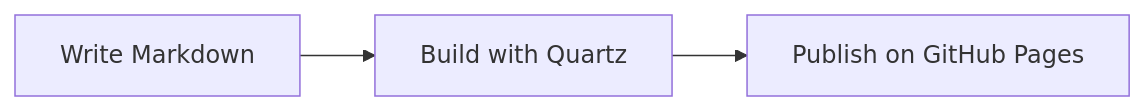
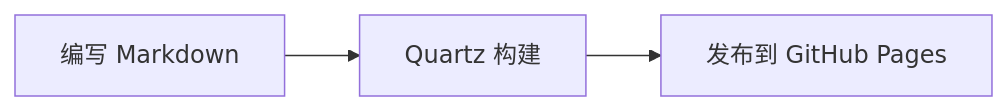
Before and after one commit to unraveltao/Computer-Science-Atlas: the diagram in content/Start-Here/Authoring-Guide.md, drawn with Mermaid. The commit also changed other lines of this file and 23 other files, not shown here.

````diff
--- a/content/Start-Here/Authoring-Guide.md
+++ b/content/Start-Here/Authoring-Guide.md
@@ -64,5 +66,5 @@
 ```mermaid
 flowchart LR
-    A[Write Markdown] --> B[Build with Quartz]
-    B --> C[Publish on GitHub Pages]
+    A[编写 Markdown] --> B[Quartz 构建]
+    B --> C[发布到 GitHub Pages]
 ```
````
